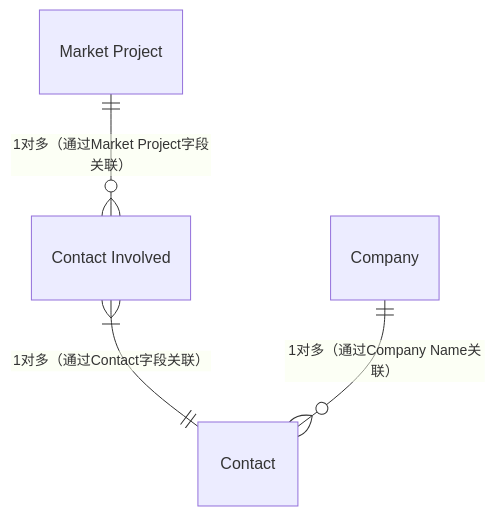
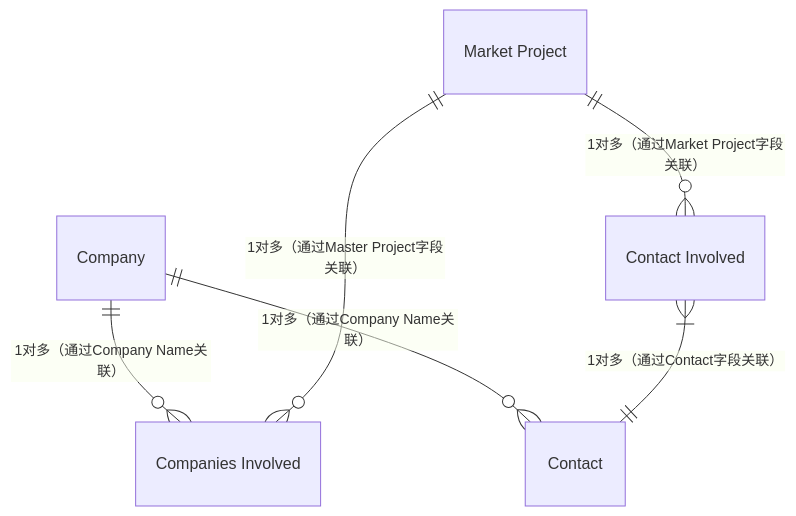
Before and after one commit to zhangziru-33/iodraw-files: the diagram in all/Norden数据E-R图(7个对象，+contact).md, drawn with Mermaid.

Commit message:
2025-12-04 14:29:13 update

````diff
--- a/all/Norden数据E-R图(7个对象，+contact).md
+++ b/all/Norden数据E-R图(7个对象，+contact).md
@@ -1,19 +1,13 @@
 ```mermaid
 erDiagram
     
+    Company ||--o{ "Companies Involved" : "1对多（通过Company Name关联）"
     %% Company ||--o{ "PV Product" : "1对多（通过Company字段关联）"
-    
-    
+    Company ||--o{ "Contact" : "1对多（通过Company Name关联）"
+    "Market Project" ||--o{ "Companies Involved" : "1对多（通过Master Project字段关联）"
     "Market Project" ||--o{ "Contact Involved" : "1对多（通过Market Project字段关联）"
+    %% "Market Project" ||--o{ "MP Product" : "1对多（通过Market Project字段关联）"
+    %% "MP Product" }|--|| "PV Product" : "多对1（通过产品参数关联，如Frame Material）"
     "Contact Involved" }|--|| "Contact" : "1对多（通过Contact字段关联）"
     %% Contact ||--o{ "Conatct Involved" : "1对多（通过Conatct字段关联）"
-    Company ||--o{ "Contact" : "1对多（通过Company Name关联）"
-    %% Company ||--o{ "Companies Involved" : "1对多（通过Company Name关联）"
-    
-    
-
-    %% "Market Project" ||--o{ "MP Product" : "1对多（通过Market Project字段关联）"
-    %% "MP Product" }|--|| "PV Product" : "多对1（通过产品参数关联，如Frame Material）"
-   
-    
 ```
````
